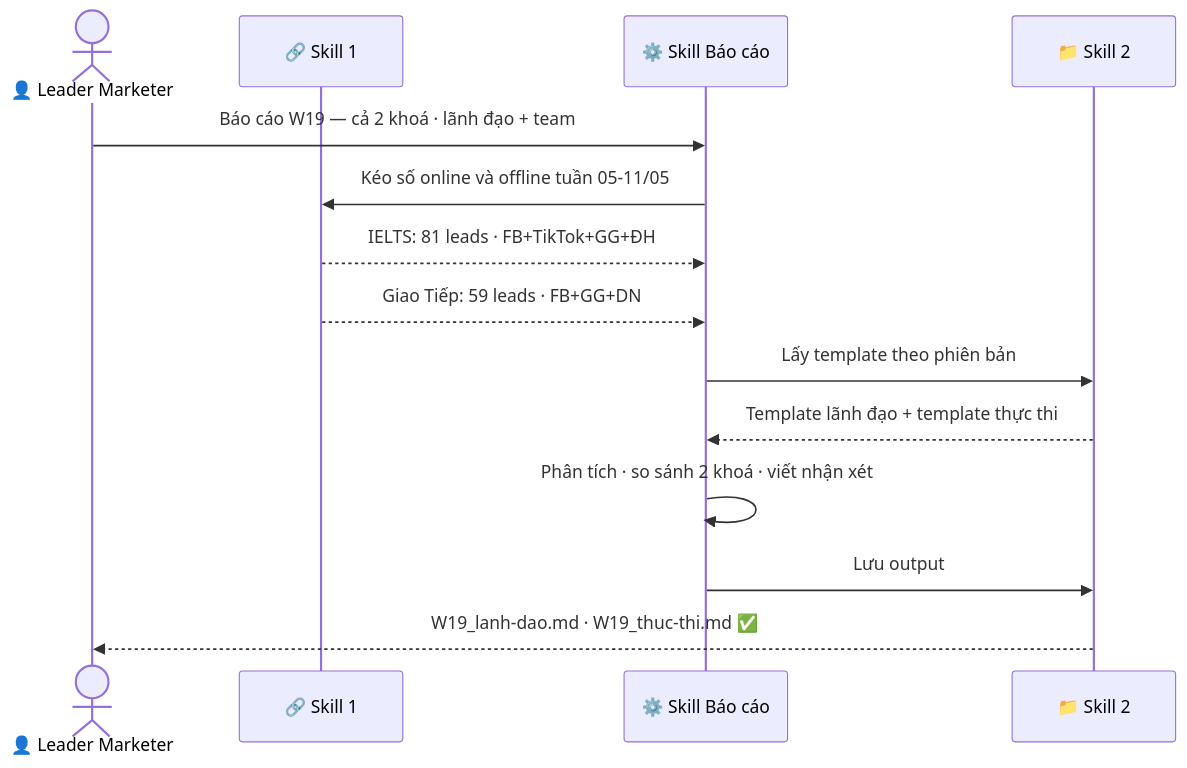
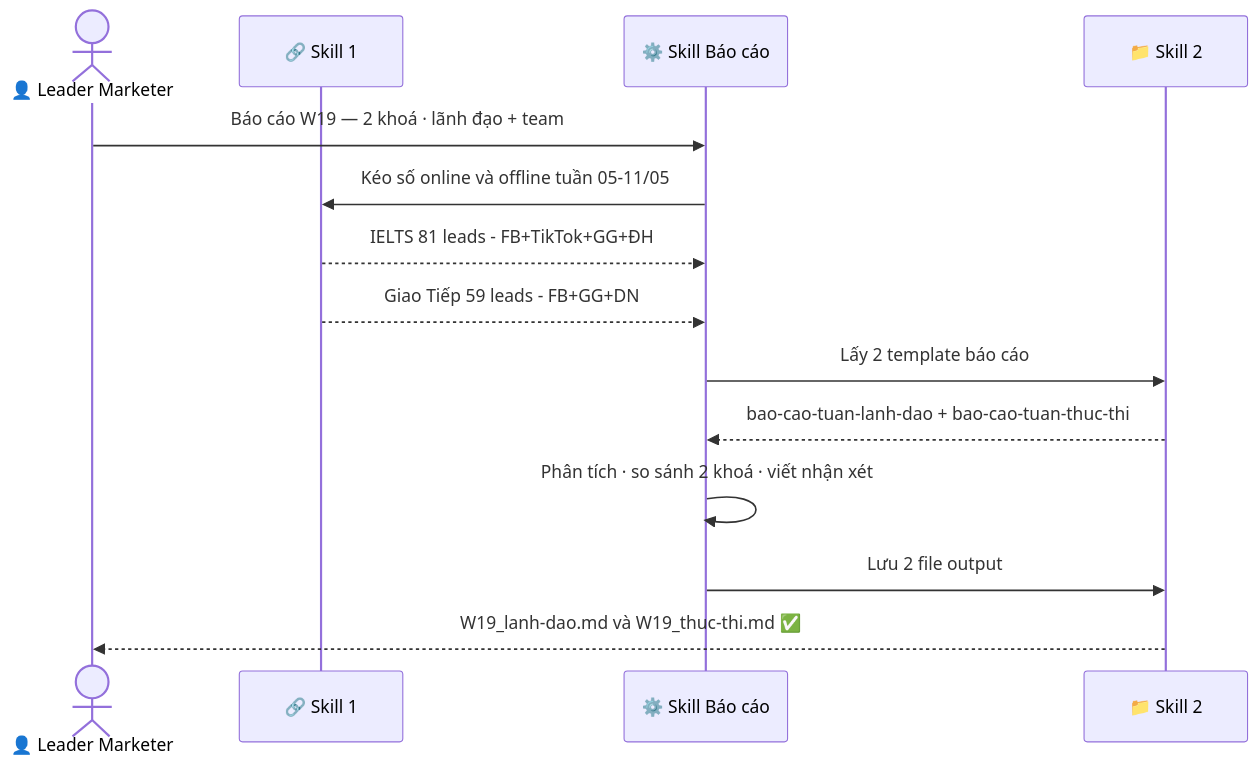
One commit to bochidung642-blip/1-kh-ng-gian-l-m-vi-c-c-nh-n-v-i-c-c-skills changed the eighth of 9 diagrams in README.md. Above: the diagram before and after it, drawn with Mermaid. The commit also changed other lines of this file, not shown here.

````diff
--- a/README.md
+++ b/README.md
@@ -199,17 +232,17 @@
 ```mermaid
 sequenceDiagram
     actor B as 👤 Leader Marketer
     participant S1 as 🔗 Skill 1
     participant S3 as ⚙️ Skill Báo cáo
     participant S2 as 📁 Skill 2
 
-    B->>S3: Báo cáo W19 — cả 2 khoá · lãnh đạo + team
+    B->>S3: Báo cáo W19 — 2 khoá · lãnh đạo + team
     S3->>S1: Kéo số online và offline tuần 05-11/05
-    S1-->>S3: IELTS: 81 leads · FB+TikTok+GG+ĐH
-    S1-->>S3: Giao Tiếp: 59 leads · FB+GG+DN
-    S3->>S2: Lấy template theo phiên bản
-    S2-->>S3: Template lãnh đạo + template thực thi
+    S1-->>S3: IELTS 81 leads - FB+TikTok+GG+ĐH
+    S1-->>S3: Giao Tiếp 59 leads - FB+GG+DN
+    S3->>S2: Lấy 2 template báo cáo
+    S2-->>S3: bao-cao-tuan-lanh-dao + bao-cao-tuan-thuc-thi
     S3->>S3: Phân tích · so sánh 2 khoá · viết nhận xét
-    S3->>S2: Lưu output
-    S2-->>B: W19_lanh-dao.md · W19_thuc-thi.md ✅
+    S3->>S2: Lưu 2 file output
+    S2-->>B: W19_lanh-dao.md và W19_thuc-thi.md ✅
 ```
````
